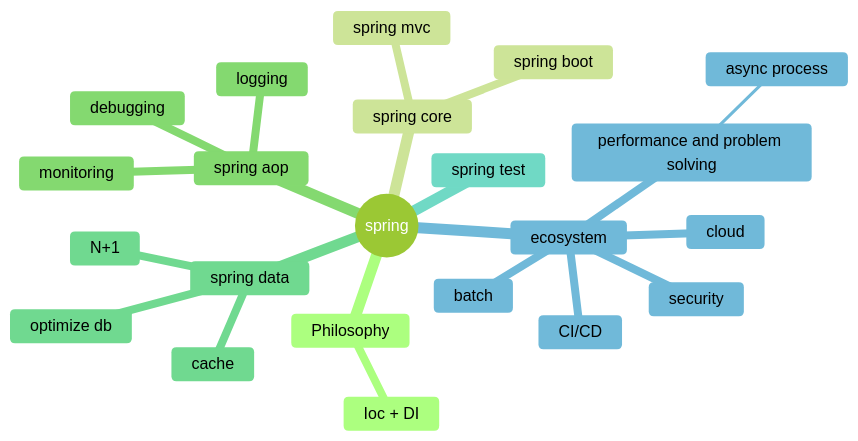
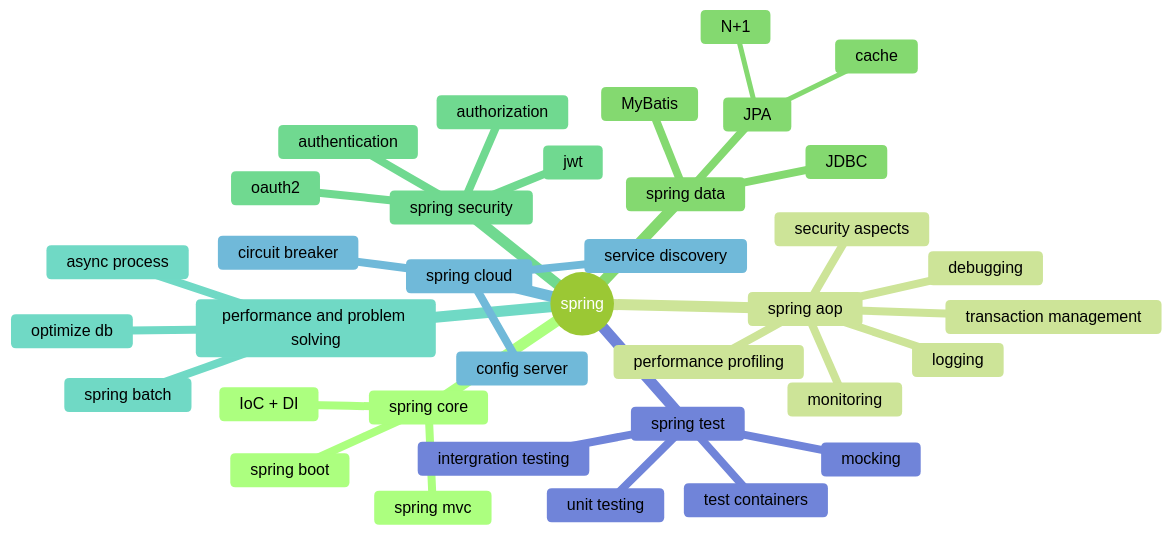
The diagram in 스프링을 잘한다'의 정의.md (akiraei/study), drawn with Mermaid before and after one commit.

Commit message:
vault backup: 2024-12-05 15:49:05

````diff
--- a/스프링을 잘한다'의 정의.md
+++ b/스프링을 잘한다'의 정의.md
@@ -1,26 +1,40 @@
 ```mermaid
 %%{init: {'theme': 'forest'}}%%
 mindmap
 	root((spring))
-		Philosophy
-			Ioc + DI
 		spring core
+			IoC + DI
 			spring mvc
 			spring boot
 		spring aop
 			logging
 			monitoring
 			debugging
+			transaction management
+			performance profiling
+			security aspects
 		spring data
-			optimize db
-			N+1
-			cache
+			JPA
+				N+1
+				cache
+			MyBatis
+			JDBC
+		spring security
+			authentication
+			authorization
+			oauth2
+			jwt
+		performance and problem solving
+		    async process
+		    spring batch
+		    optimize db
+		spring cloud
+			service discovery
+			config server
+			circuit breaker
 		spring test
-		ecosystem
-		    security
-		    cloud
-		    batch
-	    performance and problem solving
-		    async process
-	    CI/CD
+			unit testing
+			intergration testing
+			mocking
+			test containers
 ```
````
